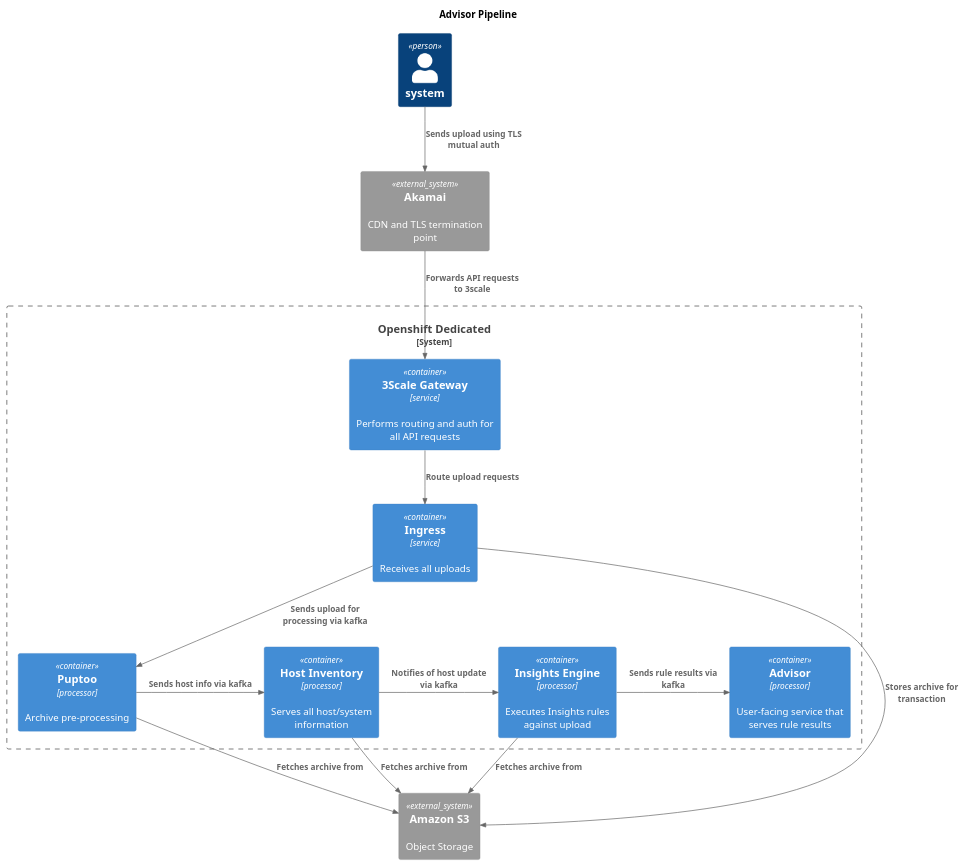
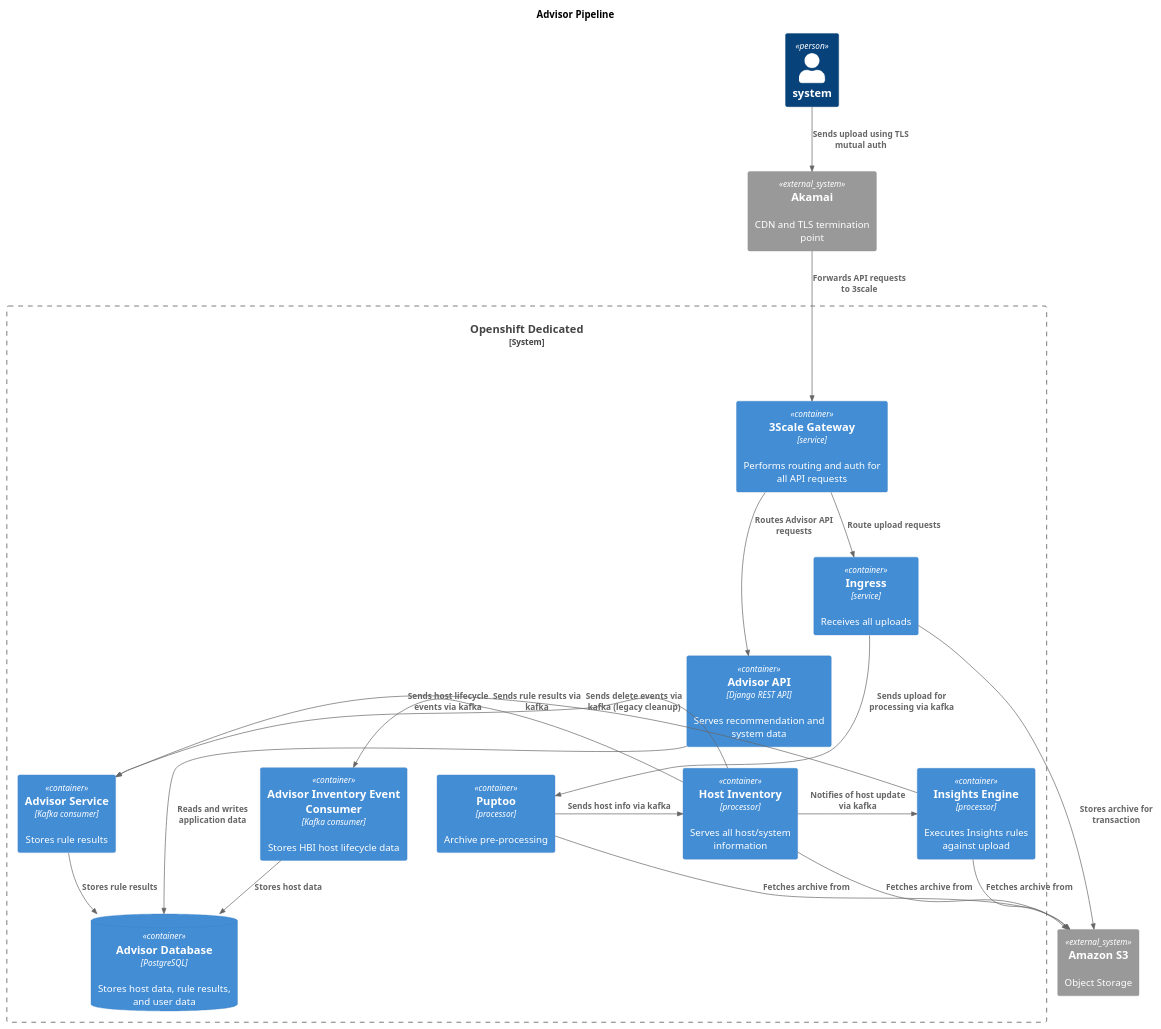
One commit to RedHatInsights/advisor-backend changed the diagram in ingress-pipeline.puml. Above: the diagram before and after it, drawn with PlantUML. The commit also changed 11 other files, not shown here.

```diff
--- a/ingress-pipeline.puml
+++ b/ingress-pipeline.puml
@@ -1,32 +1,41 @@
 @startuml
 title Advisor Pipeline
 !include <C4/C4_Component>
 
 Person(system, "system")
 
 System_Boundary(osd, "Openshift Dedicated") {
     Container(ingress, "Ingress", "service", "Receives all uploads")
     Container(puptoo, "Puptoo", "processor", "Archive pre-processing")
     Container(inventory, "Host Inventory", "processor", "Serves all host/system information")
     Container(engine, "Insights Engine", "processor", "Executes Insights rules against upload")
-    Container(advisor, "Advisor", "processor", "User-facing service that serves rule results")
+    Container(advisor_api, "Advisor API", "Django REST API", "Serves recommendation and system data")
+    Container(advisor_service, "Advisor Service", "Kafka consumer", "Stores rule results")
+    Container(advisor_inventory, "Advisor Inventory Event Consumer", "Kafka consumer", "Stores HBI host lifecycle data")
+    ContainerDb(advisor_db, "Advisor Database", "PostgreSQL", "Stores host data, rule results, and user data")
     Container(3scale, "3Scale Gateway", "service", "Performs routing and auth for all API requests")
 }
 
 System_Ext(s3, "Amazon S3", "Object Storage")
 System_Ext(akamai, "Akamai", "CDN and TLS termination point")
 
 Rel_R(ingress, s3, "Stores archive for transaction")
 Rel(ingress, puptoo, "Sends upload for processing via kafka")
 Rel_R(puptoo, inventory, "Sends host info via kafka")
 Rel_R(inventory, engine, "Notifies of host update via kafka")
-Rel_R(engine, advisor, "Sends rule results via kafka")
+Rel_R(inventory, advisor_inventory, "Sends host lifecycle events via kafka")
+Rel_R(inventory, advisor_service, "Sends delete events via kafka (legacy cleanup)")
+Rel_R(engine, advisor_service, "Sends rule results via kafka")
+Rel(advisor_inventory, advisor_db, "Stores host data")
+Rel(advisor_service, advisor_db, "Stores rule results")
+Rel(advisor_api, advisor_db, "Reads and writes application data")
 Rel(puptoo, s3, "Fetches archive from")
 Rel(inventory, s3, "Fetches archive from")
 Rel(engine, s3, "Fetches archive from")
 
 Rel(system, akamai, "Sends upload using TLS mutual auth")
 Rel(akamai, 3scale, "Forwards API requests to 3scale")
 Rel(3scale, ingress, "Route upload requests")
+Rel(3scale, advisor_api, "Routes Advisor API requests")
 
 @enduml
```
